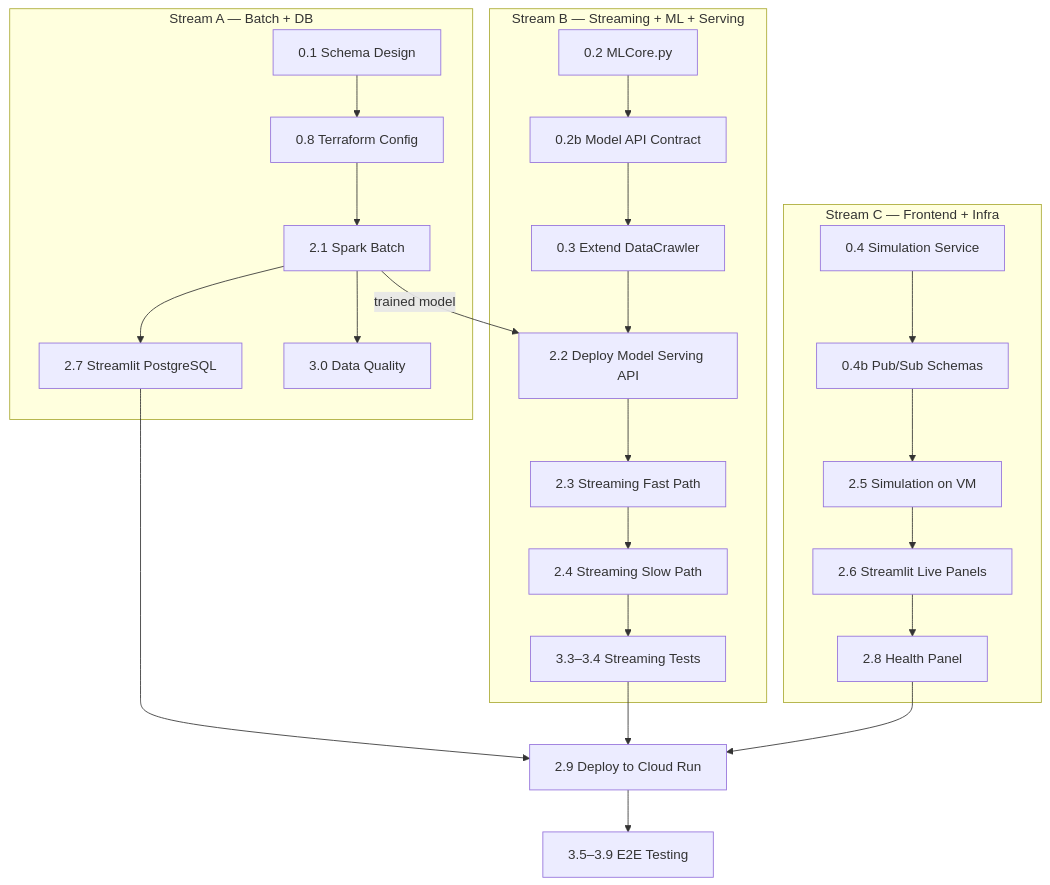
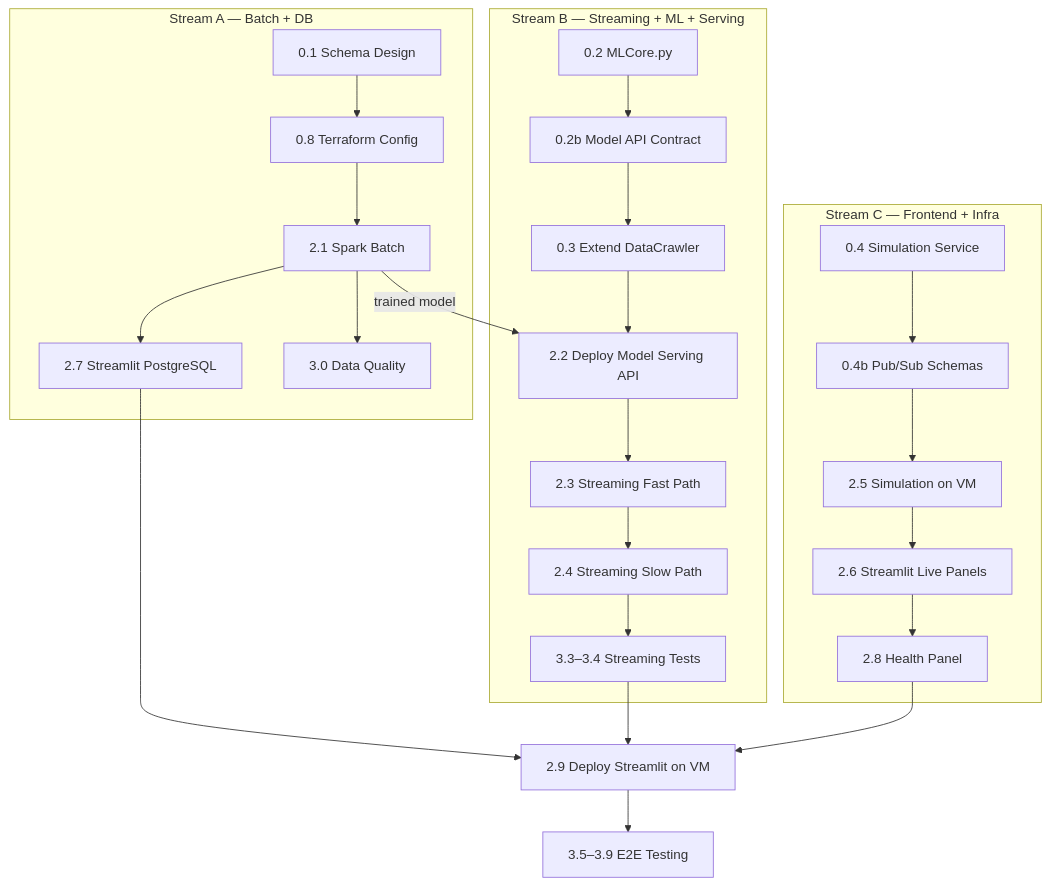
One commit to nmk-k66-uet/F1-Chubby-Data changed diagram 11 of 11 in revised_plan.md. Above: the diagram before and after it, drawn with Mermaid. The commit also changed other lines of this file and 2 other files, not shown here.

First line of the commit message:
docs: update architecture plan and migration docs

````diff
--- a/revised_plan.md
+++ b/revised_plan.md
@@ -734,29 +768,29 @@
 ```mermaid
 flowchart TD
     subgraph "Stream A — Batch + DB"
         A1[0.1 Schema Design] --> A2[0.8 Terraform Config]
         A2 --> A3[2.1 Spark Batch]
         A3 --> A4[2.7 Streamlit PostgreSQL]
         A3 --> A5[3.0 Data Quality]
     end
 
     subgraph "Stream B — Streaming + ML + Serving"
         B1[0.2 MLCore.py] --> B1b[0.2b Model API Contract]
         B1b --> B2[0.3 Extend DataCrawler]
         B2 --> B3[2.2 Deploy Model Serving API]
         B3 --> B4[2.3 Streaming Fast Path]
         B4 --> B5[2.4 Streaming Slow Path]
         B5 --> B6[3.3–3.4 Streaming Tests]
     end
 
     subgraph "Stream C — Frontend + Infra"
         C1[0.4 Simulation Service] --> C2[0.4b Pub/Sub Schemas]
         C2 --> C3[2.5 Simulation on VM]
         C3 --> C4[2.6 Streamlit Live Panels]
         C4 --> C5[2.8 Health Panel]
     end
 
     A3 -->|trained model| B3
-    A4 & B6 & C5 --> DEPLOY[2.9 Deploy to Cloud Run]
+    A4 & B6 & C5 --> DEPLOY[2.9 Deploy Streamlit on VM]
     DEPLOY --> TEST[3.5–3.9 E2E Testing]
 ```
````
